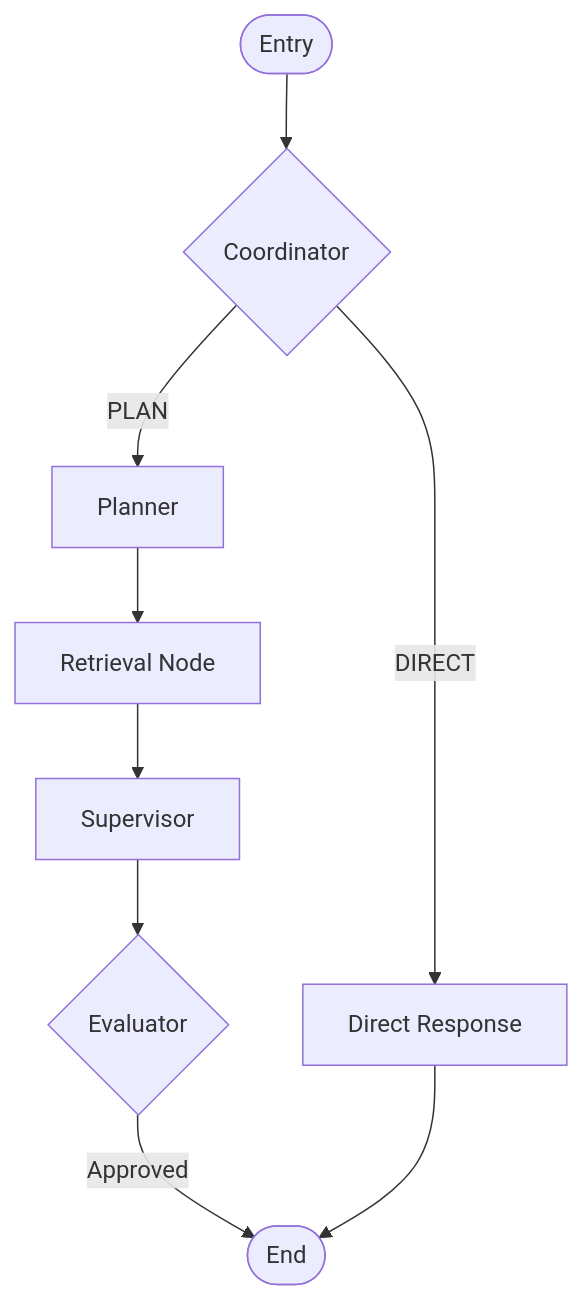
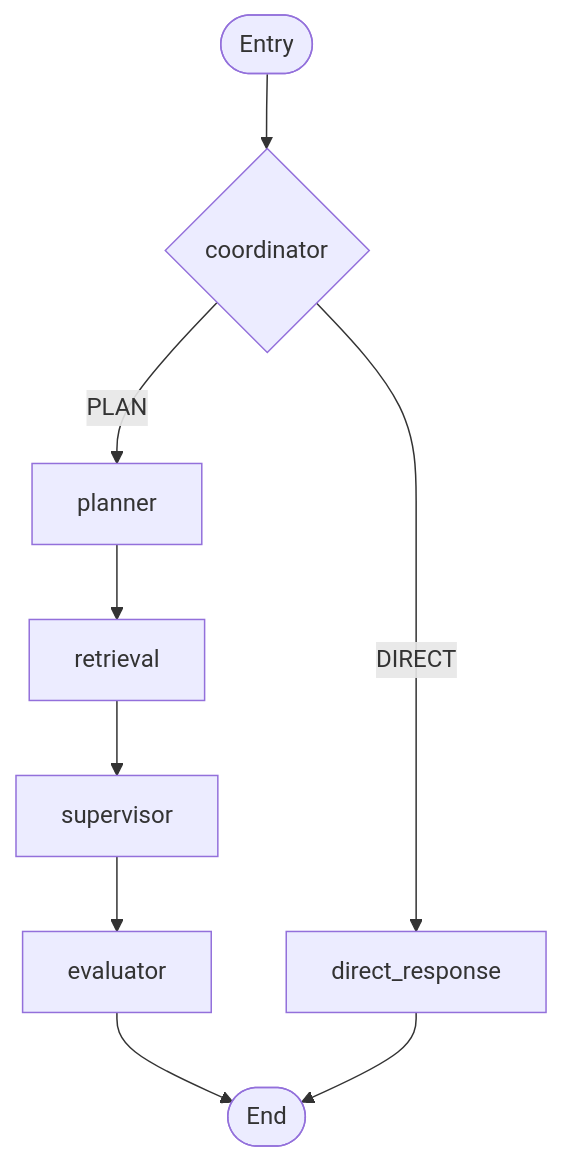
The diagram in docs/Agent_Workflow.md (devCollegit/SocrAItes), drawn with Mermaid before and after one commit. The commit also changed other lines of this file and 12 other files, not shown here.

````diff
--- a/docs/Agent_Workflow.md
+++ b/docs/Agent_Workflow.md
@@ -20,14 +16,11 @@
 ```mermaid
 graph TD
-    Entry([Entry]) --> Coordinator{Coordinator}
-    
-    Coordinator -->|DIRECT| DirectResponse[Direct Response]
-    Coordinator -->|PLAN| Planner[Planner]
-    
-    Planner --> Retrieval[Retrieval Node]
-    Retrieval --> Supervisor[Supervisor]
-    Supervisor --> Evaluator{Evaluator}
-    
-    Evaluator -->|Approved| End([End])
-    DirectResponse --> End
+    Entry([Entry]) --> Coordinator{coordinator}
+    Coordinator -->|PLAN| Planner[planner]
+    Coordinator -->|DIRECT| Direct[direct_response]
+    Planner --> Retrieval[retrieval]
+    Retrieval --> Supervisor[supervisor]
+    Supervisor --> Evaluator[evaluator]
+    Evaluator --> End([End])
+    Direct --> End
 ```
````
